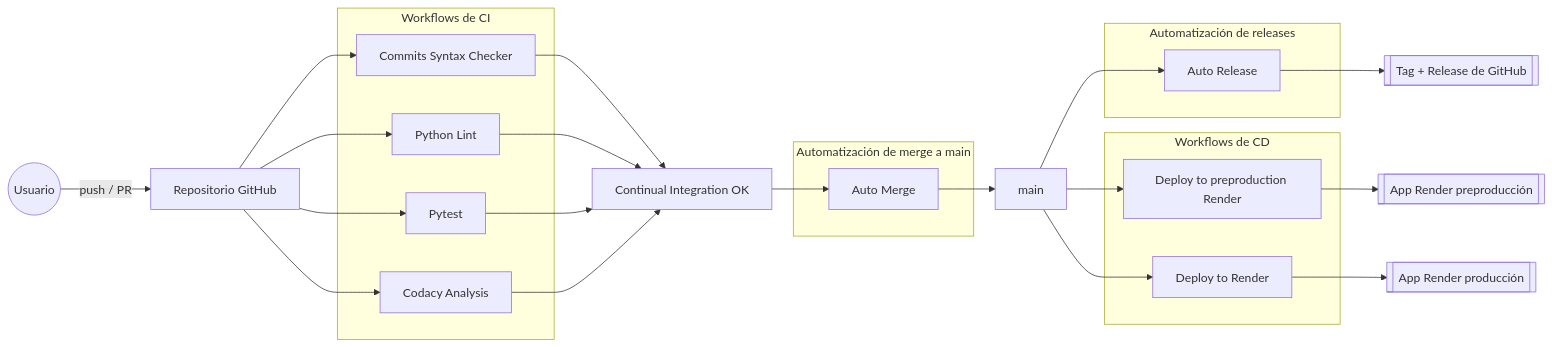
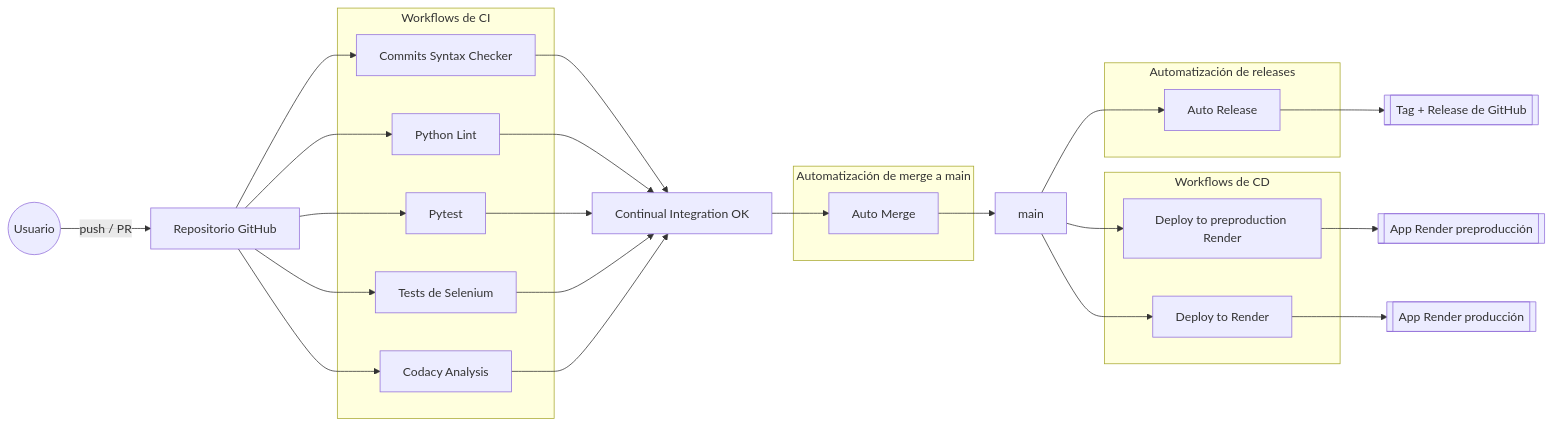
Before and after one commit to steamgames-hub/steamgames-hub-2: the diagram in Doc/steamgames-hub-2/Workflows_CI_CD.md, drawn with Mermaid. The commit also changed other lines of this file and 1 other file, not shown here.

Commit message:
feat: Añade workflow de test de selenium

````diff
--- a/Doc/steamgames-hub-2/Workflows_CI_CD.md
+++ b/Doc/steamgames-hub-2/Workflows_CI_CD.md
@@ -33,46 +34,49 @@
 ```mermaid
 graph LR
     user((Usuario)) -->|push / PR| repo[Repositorio GitHub]
 
     subgraph CI[Workflows de CI]
         commits[Commits Syntax Checker]
         lint[Python Lint]
         pytest[Pytest]
+        selenium[Tests de Selenium]
         codacyanal[Codacy Analysis]
     end
 
     repo --> commits
     repo --> lint
     repo --> pytest
+    repo --> selenium
     repo --> codacyanal
 
     commits --> ci_ok
     lint --> ci_ok
     pytest --> ci_ok
+    selenium --> ci_ok
     codacyanal --> ci_ok
 
     ci_ok[Continual Integration OK] --> automerge
 
     subgraph Merge[Automatización de merge a main]
         automerge[Auto Merge]
     end
 
     automerge --> main[main]
 
     subgraph Release[Automatización de releases]
         autorelease[Auto Release] 
     end
 
     main --> autorelease
     autorelease --> tag[[Tag + Release de GitHub]]
     subgraph CD[Workflows de CD]
         preprod[Deploy to preproduction Render]
         prod[Deploy to Render]
     end
 
     main --> preprod
     main --> prod
 
     preprod --> preprod_env[[App Render preproducción]]
     prod --> prod_env[[App Render producción]]
 ```
````
